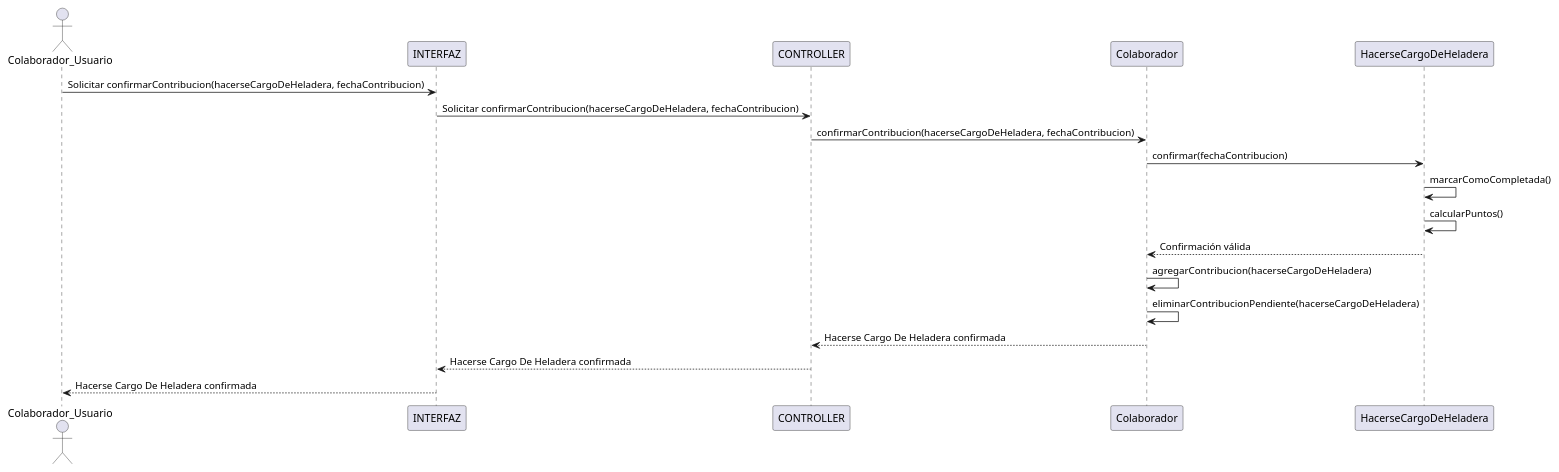
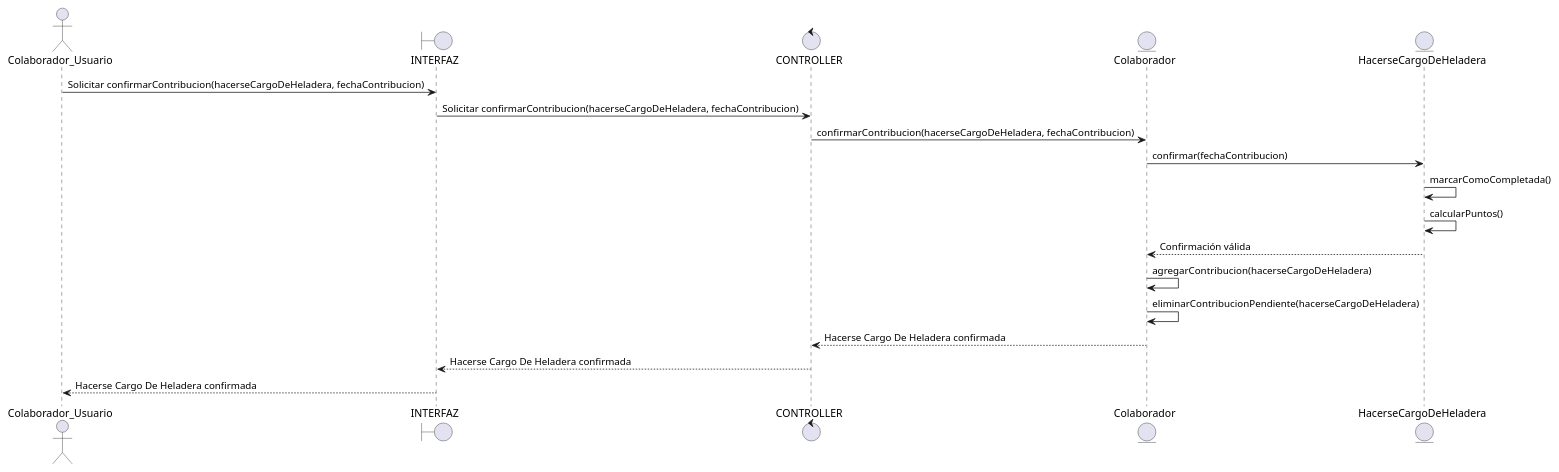
The diagram in proyecto_heladeras_solidarias/docs/plant_uml/diagramas_secuencia/hacerse_cargo_de_heladera/hacerse_cargo_de_heladera_confirmar.plantuml (luciacosenza/DDS-grupo10), drawn with PlantUML before and after one commit. The commit also changed 16 other files, not shown here.

Commit message:
Agrego iconos correctos a diagramas de secuencia

```diff
--- a/proyecto_heladeras_solidarias/docs/plant_uml/diagramas_secuencia/hacerse_cargo_de_heladera/hacerse_cargo_de_heladera_confirmar.plantuml
+++ b/proyecto_heladeras_solidarias/docs/plant_uml/diagramas_secuencia/hacerse_cargo_de_heladera/hacerse_cargo_de_heladera_confirmar.plantuml
@@ -1,20 +1,20 @@
 @startuml hacerse_cargo_de_heladera_confirmar
 actor Colaborador_Usuario as User
-participant INTERFAZ
-participant CONTROLLER
-participant "Colaborador" as Colaborador
-participant "HacerseCargoDeHeladera" as HacerseCargoDeHeladera
+boundary INTERFAZ
+control CONTROLLER
+entity "Colaborador" as Colaborador
+entity "HacerseCargoDeHeladera" as HacerseCargoDeHeladera
 
 User -> INTERFAZ: Solicitar confirmarContribucion(hacerseCargoDeHeladera, fechaContribucion)
 INTERFAZ -> CONTROLLER: Solicitar confirmarContribucion(hacerseCargoDeHeladera, fechaContribucion)
 CONTROLLER -> Colaborador: confirmarContribucion(hacerseCargoDeHeladera, fechaContribucion)
 Colaborador -> HacerseCargoDeHeladera: confirmar(fechaContribucion)
 HacerseCargoDeHeladera -> HacerseCargoDeHeladera: marcarComoCompletada()
 HacerseCargoDeHeladera -> HacerseCargoDeHeladera: calcularPuntos()
 HacerseCargoDeHeladera --> Colaborador: Confirmación válida
 Colaborador -> Colaborador: agregarContribucion(hacerseCargoDeHeladera)
 Colaborador -> Colaborador: eliminarContribucionPendiente(hacerseCargoDeHeladera)
 Colaborador --> CONTROLLER: Hacerse Cargo De Heladera confirmada
 CONTROLLER --> INTERFAZ: Hacerse Cargo De Heladera confirmada
 INTERFAZ --> User: Hacerse Cargo De Heladera confirmada
 @enduml
```
